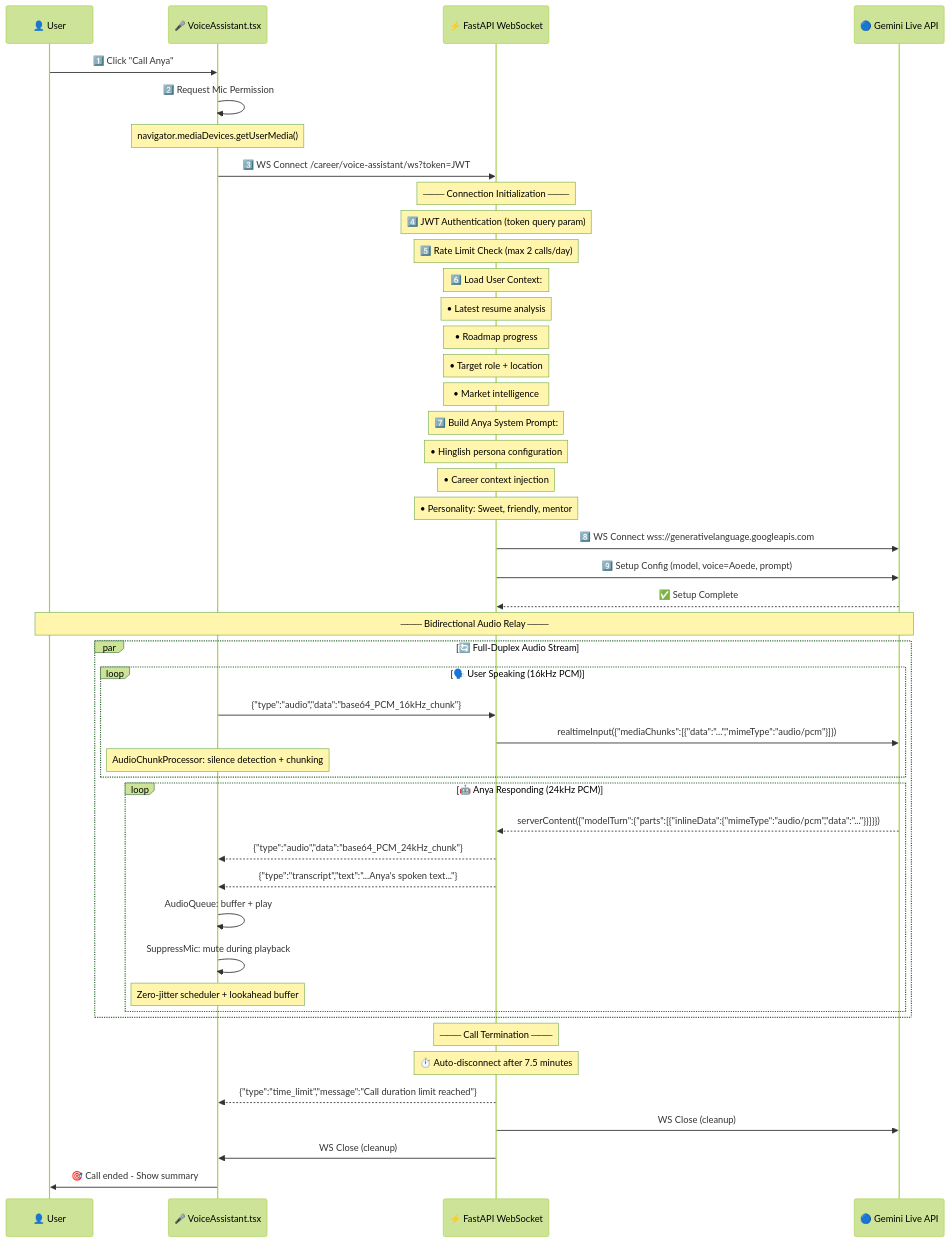
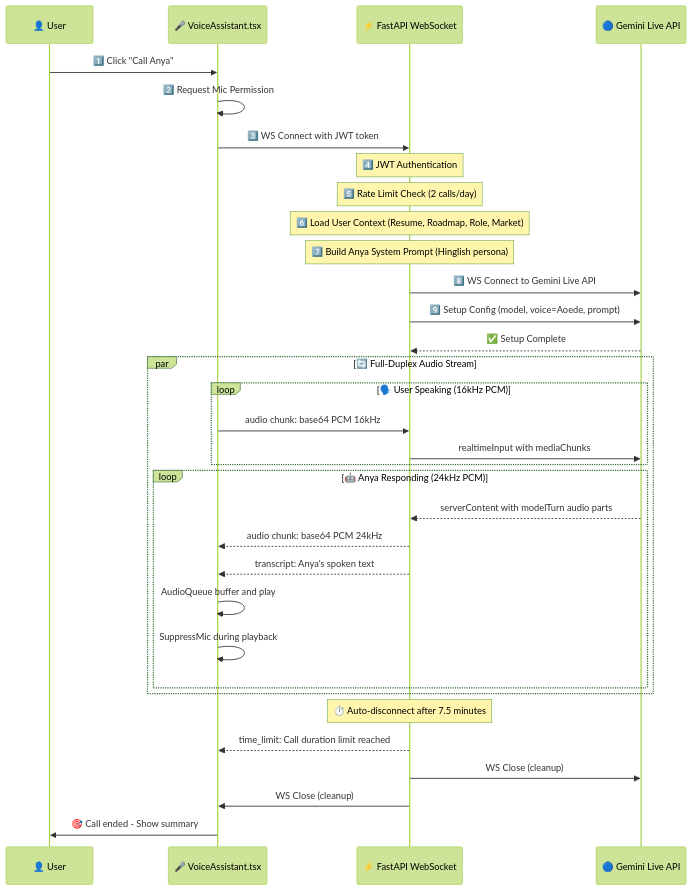
One commit to Anil-Pradhan-web/ai-career-mentor changed the ninth of 35 diagrams in ARCHITECTURE.md. Above: the diagram before and after it, drawn with Mermaid (forest theme). The commit also changed other lines of this file, not shown here.

Commit message:
fix: remove all JSON curly braces from Mermaid sequence diagrams, simplify state diagrams, replace classDef with inline styles for GitHub compatibility

````diff
--- a/ARCHITECTURE.md
+++ b/ARCHITECTURE.md
@@ -455,56 +441,42 @@
 ```mermaid
 sequenceDiagram
     participant U as 👤 User
     participant C as 🎤 VoiceAssistant.tsx
     participant B as ⚡ FastAPI WebSocket
     participant G as 🔵 Gemini Live API
 
     U->>C: 1️⃣ Click "Call Anya"
     C->>C: 2️⃣ Request Mic Permission
-    Note over C: navigator.mediaDevices.getUserMedia()
     
-    C->>B: 3️⃣ WS Connect /career/voice-assistant/ws?token=JWT
+    C->>B: 3️⃣ WS Connect with JWT token
     
-    Note over B: ─── Connection Initialization ───
-    Note over B: 4️⃣ JWT Authentication (token query param)
-    Note over B: 5️⃣ Rate Limit Check (max 2 calls/day)
-    Note over B: 6️⃣ Load User Context:
-    Note over B:    • Latest resume analysis
-    Note over B:    • Roadmap progress
-    Note over B:    • Target role + location
-    Note over B:    • Market intelligence
-    Note over B: 7️⃣ Build Anya System Prompt:
-    Note over B:    • Hinglish persona configuration
-    Note over B:    • Career context injection
-    Note over B:    • Personality: Sweet, friendly, mentor
+    Note over B: 4️⃣ JWT Authentication
+    Note over B: 5️⃣ Rate Limit Check (2 calls/day)
+    Note over B: 6️⃣ Load User Context (Resume, Roadmap, Role, Market)
+    Note over B: 7️⃣ Build Anya System Prompt (Hinglish persona)
     
-    B->>G: 8️⃣ WS Connect wss://generativelanguage.googleapis.com
+    B->>G: 8️⃣ WS Connect to Gemini Live API
     B->>G: 9️⃣ Setup Config (model, voice=Aoede, prompt)
     G-->>B: ✅ Setup Complete
     
-    Note over U,G: ─── Bidirectional Audio Relay ───
-    
     par 🔄 Full-Duplex Audio Stream
         loop 🗣️ User Speaking (16kHz PCM)
-            C->>B: {"type":"audio","data":"base64_PCM_16kHz_chunk"}
-            B->>G: realtimeInput({"mediaChunks":[{"data":"...","mimeType":"audio/pcm"}]})
-            Note over C: AudioChunkProcessor: silence detection + chunking
+            C->>B: audio chunk: base64 PCM 16kHz
+            B->>G: realtimeInput with mediaChunks
         end
         
         loop 🤖 Anya Responding (24kHz PCM)
-            G-->>B: serverContent({"modelTurn":{"parts":[{"inlineData":{"mimeType":"audio/pcm","data":"..."}}]}})
-            B-->>C: {"type":"audio","data":"base64_PCM_24kHz_chunk"}
-            B-->>C: {"type":"transcript","text":"...Anya's spoken text..."}
-            C->>C: AudioQueue: buffer + play
-            C->>C: SuppressMic: mute during playback
-            Note over C: Zero-jitter scheduler + lookahead buffer
+            G-->>B: serverContent with modelTurn audio parts
+            B-->>C: audio chunk: base64 PCM 24kHz
+            B-->>C: transcript: Anya's spoken text
+            C->>C: AudioQueue buffer and play
+            C->>C: SuppressMic during playback
         end
     end
     
-    Note over B: ─── Call Termination ───
     Note over B: ⏱️ Auto-disconnect after 7.5 minutes
-    B-->>C: {"type":"time_limit","message":"Call duration limit reached"}
+    B-->>C: time_limit: Call duration limit reached
     B->>G: WS Close (cleanup)
     B->>C: WS Close (cleanup)
     C->>U: 🎯 Call ended - Show summary
 ```
````
